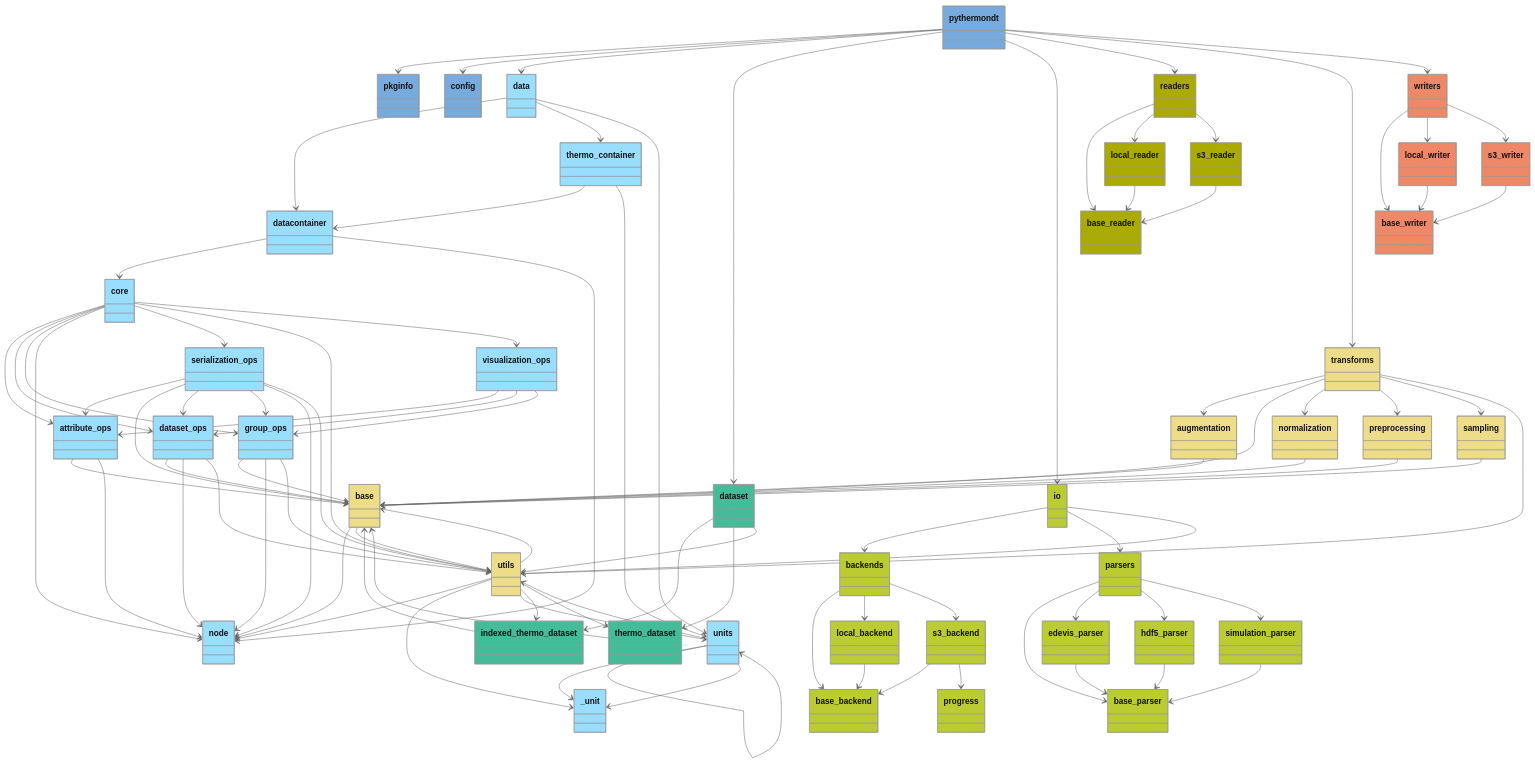
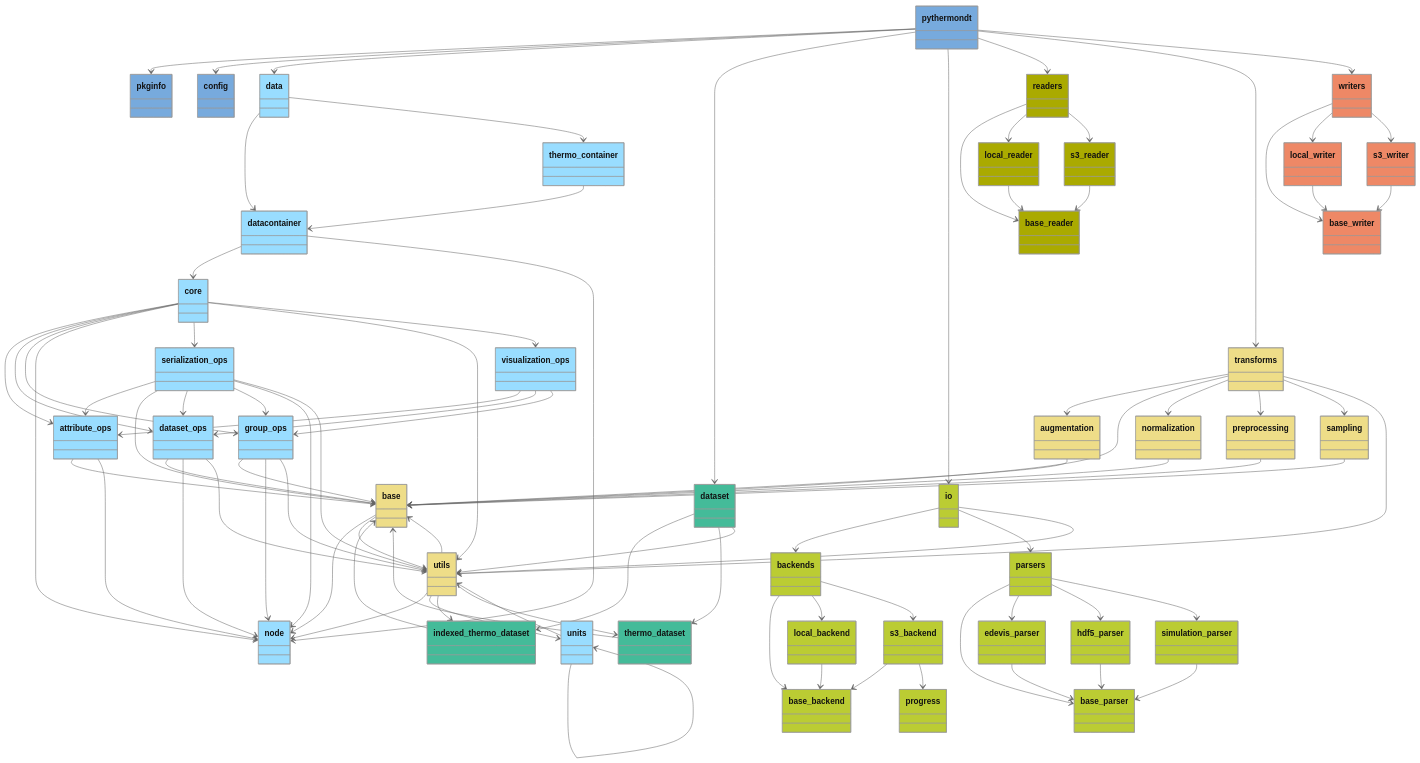
One commit to voidsy-gmbh/pyThermoNDT changed the diagram in docs/pyreverse/mermaid/packages_pythermondt.mmd. Above: the diagram before and after it, drawn with Mermaid (neutral theme). The commit also changed 12 other files, not shown here.

```diff
--- a/docs/pyreverse/mermaid/packages_pythermondt.mmd
+++ b/docs/pyreverse/mermaid/packages_pythermondt.mmd
@@ -47,9 +47,6 @@
   class units {
   }
   style units fill:#99DDFF
-  class _unit {
-  }
-  style _unit fill:#99DDFF
   class units {
   }
   style units fill:#99DDFF
@@ -162,7 +159,6 @@
   pythermondt --> writers
   data --> datacontainer
   data --> thermo_container
-  data --> units
   datacontainer --> core
   datacontainer --> node
   attribute_ops --> base
@@ -193,12 +189,8 @@
   visualization_ops --> dataset_ops
   visualization_ops --> group_ops
   thermo_container --> datacontainer
-  thermo_container --> units
-  units --> _unit
   units --> units
   units --> utils
-  units --> _unit
-  utils --> _unit
   utils --> units
   dataset --> indexed_thermo_dataset
   dataset --> thermo_dataset
```
